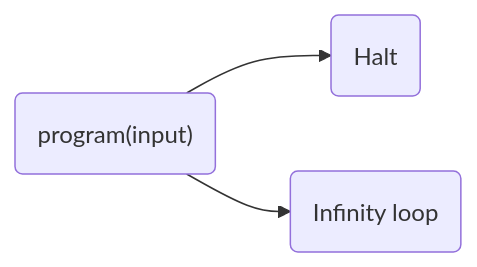
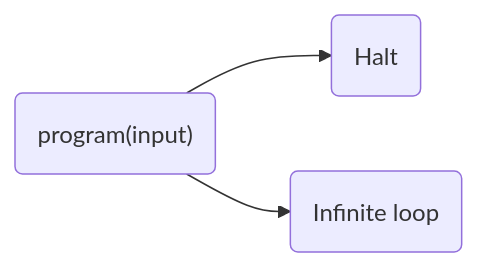
One commit to zalexk/obsidian changed the diagram in src/site/notes/CSC3001 Discrete Math/Propositional Logic.md. Above: the diagram before and after it, drawn with Mermaid. The commit also changed other lines of this file, not shown here.

````diff
--- a/src/site/notes/CSC3001 Discrete Math/Propositional Logic.md
+++ b/src/site/notes/CSC3001 Discrete Math/Propositional Logic.md
@@ -10,5 +10,5 @@
 ```mermaid
 graph LR
 a("program(input)") --> c(Halt)
-a --> b(Infinity loop)
+a --> b(Infinite loop)
 ```
````
